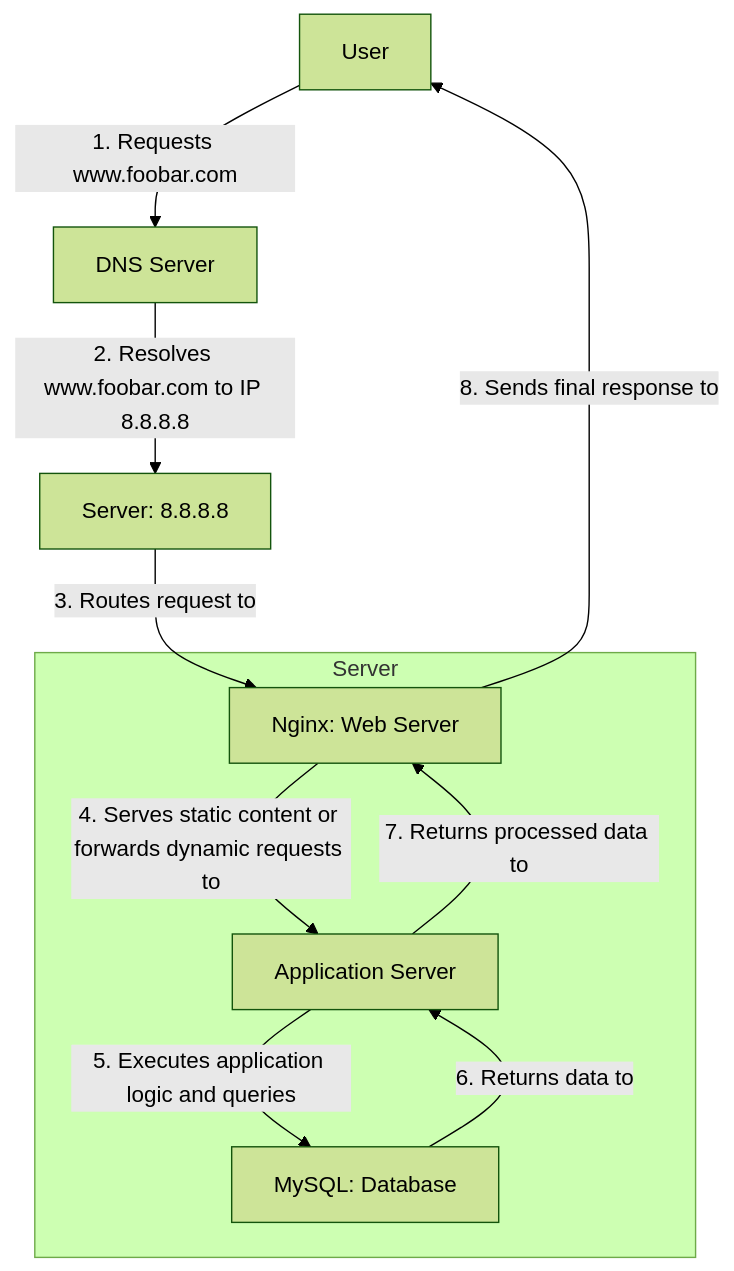
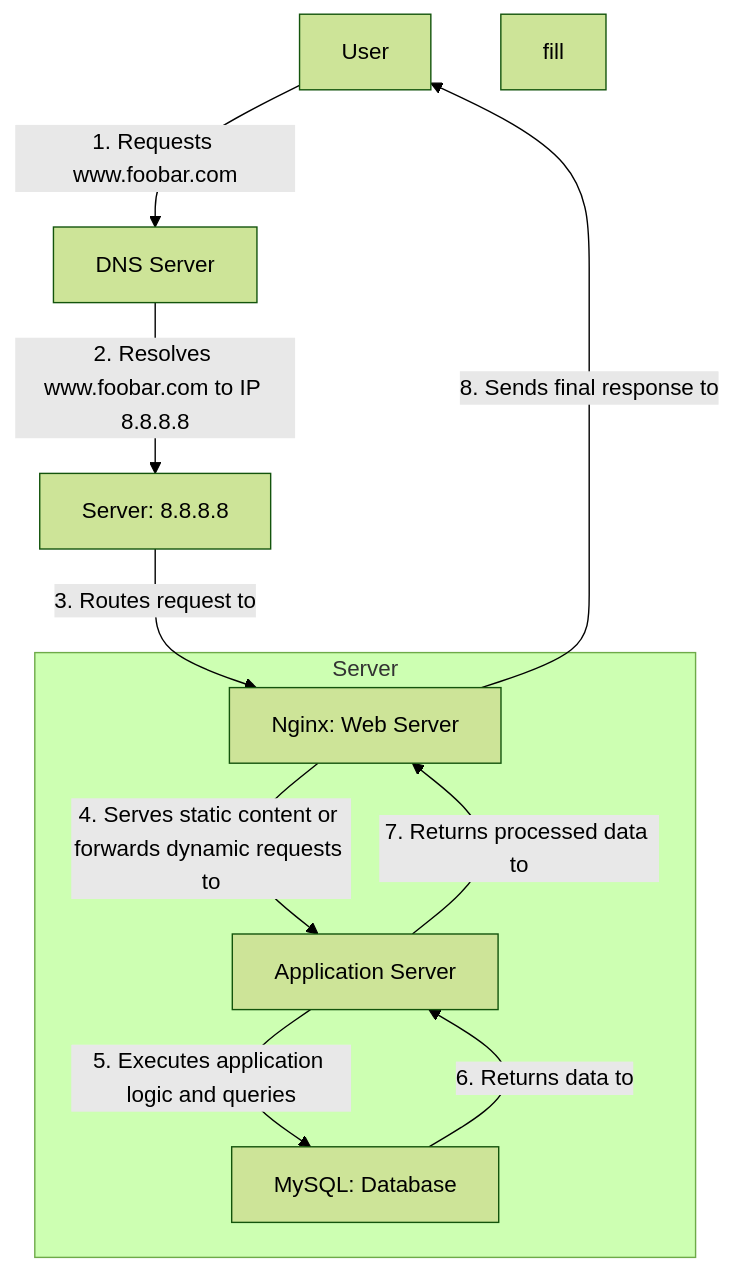
The diagram in web_infrastructure_design/0-simple_web_stack.md (EL274/holbertonschool-system_engineering-devops), drawn with Mermaid (forest theme) before and after one commit.

````diff
--- a/web_infrastructure_design/0-simple_web_stack.md
+++ b/web_infrastructure_design/0-simple_web_stack.md
@@ -1,17 +1,18 @@
 ```mermaid
 flowchart TD;
     A[User] -->|1. Requests www.foobar.com| B[DNS Server]
     B -->|2. Resolves www.foobar.com to IP 8.8.8.8| C[Server: 8.8.8.8]
+    style fill C: blue 
     C -->|3. Routes request to| D[Nginx: Web Server]
     D -->|4. Serves static content or forwards dynamic requests to| E[Application Server]
     E -->|5. Executes application logic and queries| F[MySQL: Database]
     F -->|6. Returns data to| E
     E -->|7. Returns processed data to| D
     D -->|8. Sends final response to| A
 
     subgraph Server
         D[Nginx: Web Server]
         E[Application Server]
         F[MySQL: Database]
     end
 ```
````
